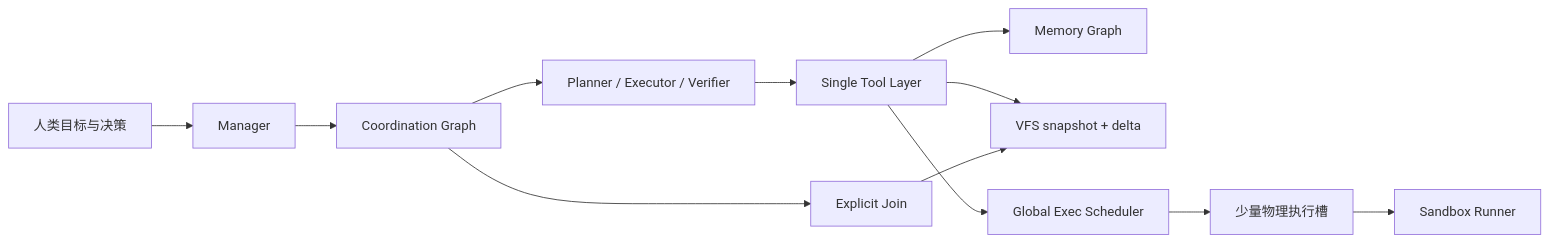
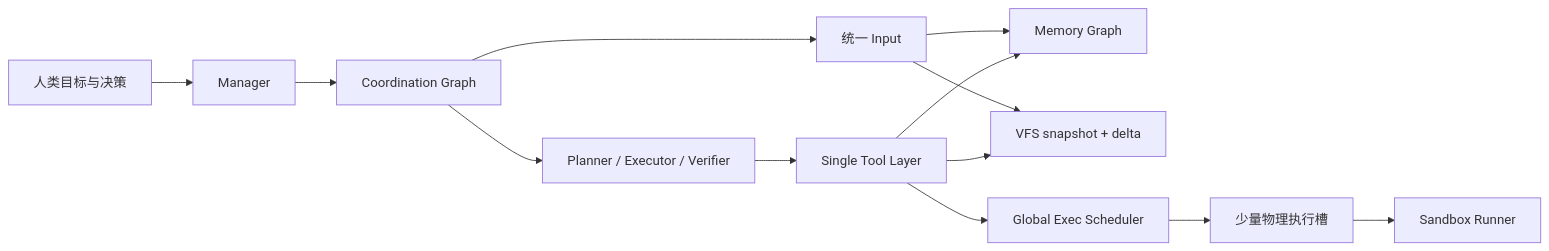
The first of 3 diagrams in docs/threadmill-cloud-agent-platform-product-architecture.md (KDZZZZZZ/threadmill), drawn with Mermaid before and after one commit. The commit also changed other lines of this file and 98 other files, not shown here.

````diff
--- a/docs/threadmill-cloud-agent-platform-product-architecture.md
+++ b/docs/threadmill-cloud-agent-platform-product-architecture.md
@@ -81,14 +81,15 @@
 ```mermaid
 flowchart LR
     Human[人类目标与决策] --> Manager[Manager]
     Manager --> Graph[Coordination Graph]
     Graph --> Agents[Planner / Executor / Verifier]
     Agents --> Tools[Single Tool Layer]
     Tools --> Memory[Memory Graph]
     Tools --> VFS[VFS snapshot + delta]
     Tools --> Queue[Global Exec Scheduler]
     Queue --> Slots[少量物理执行槽]
     Slots --> Sandbox[Sandbox Runner]
-    Graph --> Join[Explicit Join]
-    Join --> VFS
+    Graph --> Input[统一 Input]
+    Input --> VFS
+    Input --> Memory
 ```
````
